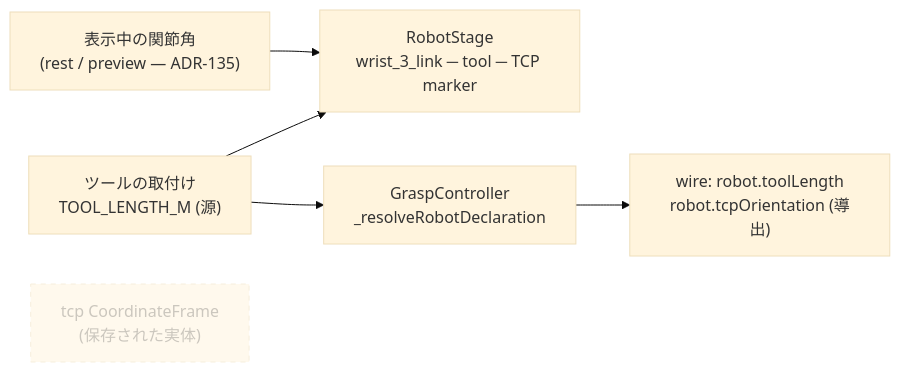
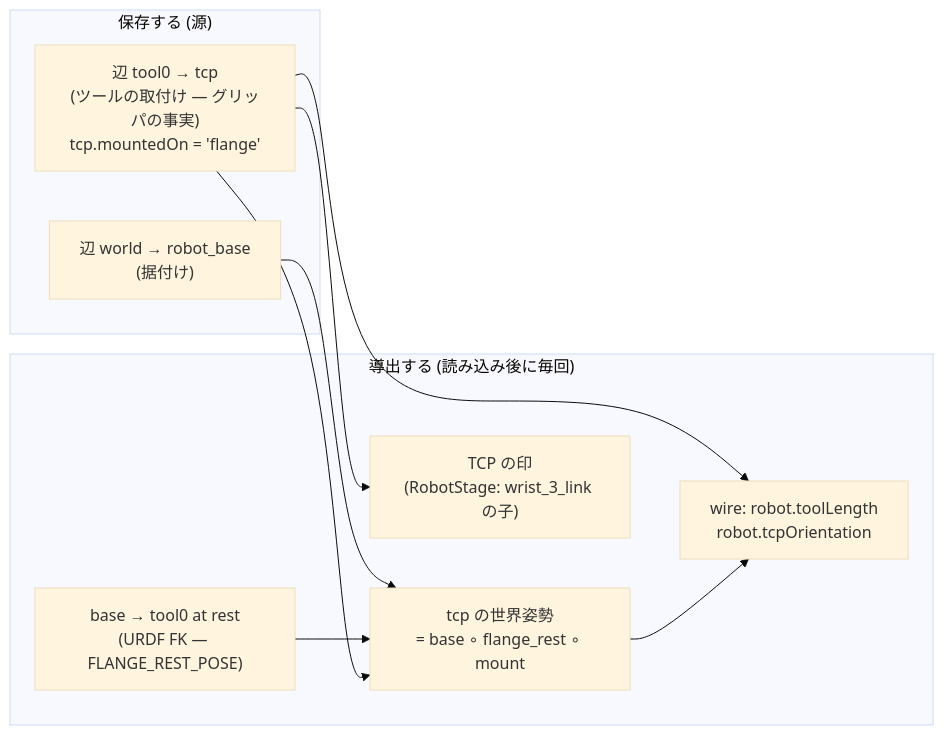
The second of 2 diagrams in docs/adr/ADR-151-the-tcp-is-derived-from-the-tool-mount-not-stored-in-the-scene.md (yuubae215/easy-extrude), drawn with Mermaid (base theme) before and after one commit. The commit also changed other lines of this file and 49 other files, not shown here.

First line of the commit message:
feat(robot): TCP はツールの取付けを保存し、世界姿勢は導出する (ADR-151 Accepted)

````diff
--- a/docs/adr/ADR-151-the-tcp-is-derived-from-the-tool-mount-not-stored-in-the-scene.md
+++ b/docs/adr/ADR-151-the-tcp-is-derived-from-the-tool-mount-not-stored-in-the-scene.md
@@ -71,13 +85,19 @@
 ```mermaid
 flowchart LR
-  TM["ツールの取付け<br/>TOOL_LENGTH_M (源)"]
-  FK["表示中の関節角<br/>(rest / preview — ADR-135)"]
-  RS["RobotStage<br/>wrist_3_link ─ tool ─ TCP marker"]
-  GC["GraspController<br/>_resolveRobotDeclaration"]
-  W["wire: robot.toolLength<br/>robot.tcpOrientation (導出)"]
-  TM --> RS
-  FK --> RS
-  TM --> GC --> W
-  X["tcp CoordinateFrame<br/>(保存された実体)"]:::gone
-  classDef gone stroke-dasharray: 5 5,opacity:0.5
+  subgraph saved["保存する (源)"]
+    E1["辺 world → robot_base<br/>(据付け)"]
+    E2["辺 tool0 → tcp<br/>(ツールの取付け — グリッパの事実)<br/>tcp.mountedOn = 'flange'"]
+  end
+  subgraph derived["導出する (読み込み後に毎回)"]
+    F["base → tool0 at rest<br/>(URDF FK — FLANGE_REST_POSE)"]
+    W["tcp の世界姿勢<br/>= base ∘ flange_rest ∘ mount"]
+    M["TCP の印<br/>(RobotStage: wrist_3_link の子)"]
+    R["wire: robot.toolLength<br/>robot.tcpOrientation"]
+  end
+  E1 --> W
+  F --> W
+  E2 --> W
+  E2 --> M
+  E2 --> R
+  W --> R
 ```
````
